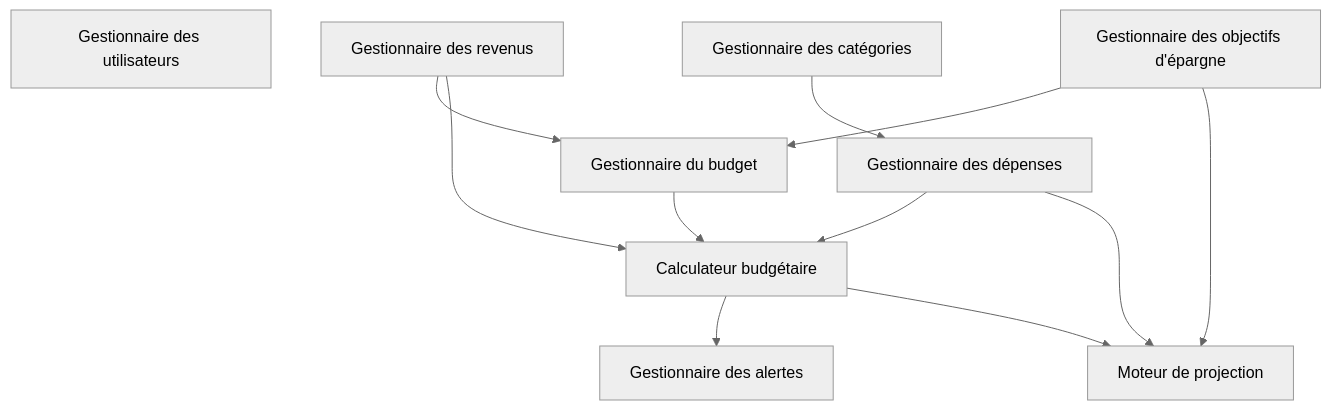
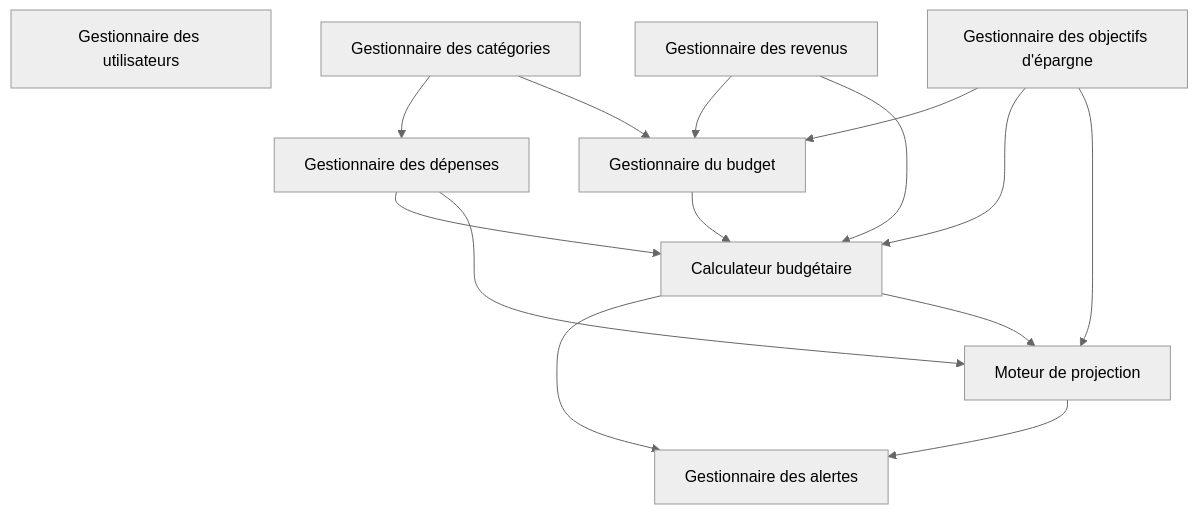
The second of 8 diagrams in README.md (TheMuliama/plannification_budgetaire), drawn with Mermaid (neutral theme) before and after one commit. The commit also changed other lines of this file and 24 other files, not shown here.

````diff
--- a/README.md
+++ b/README.md
@@ -78,24 +105,27 @@
 ```mermaid
 flowchart TD
     Utilisateurs["Gestionnaire des utilisateurs"]
     Categories["Gestionnaire des catégories"]
     Revenus["Gestionnaire des revenus"]
     Depenses["Gestionnaire des dépenses"]
     Epargne["Gestionnaire des objectifs d'épargne"]
     Budget["Gestionnaire du budget"]
     CalculBudget["Calculateur budgétaire"]
     Alertes["Gestionnaire des alertes"]
     Projection["Moteur de projection"]
 
     Categories --> Depenses
+    Categories --> Budget
     Revenus --> Budget
     Epargne --> Budget
     Depenses --> CalculBudget
     Budget --> CalculBudget
     Revenus --> CalculBudget
+    Epargne --> CalculBudget
 
     CalculBudget --> Alertes
     CalculBudget --> Projection
     Depenses --> Projection
     Epargne --> Projection
+    Projection --> Alertes
 ```
````
